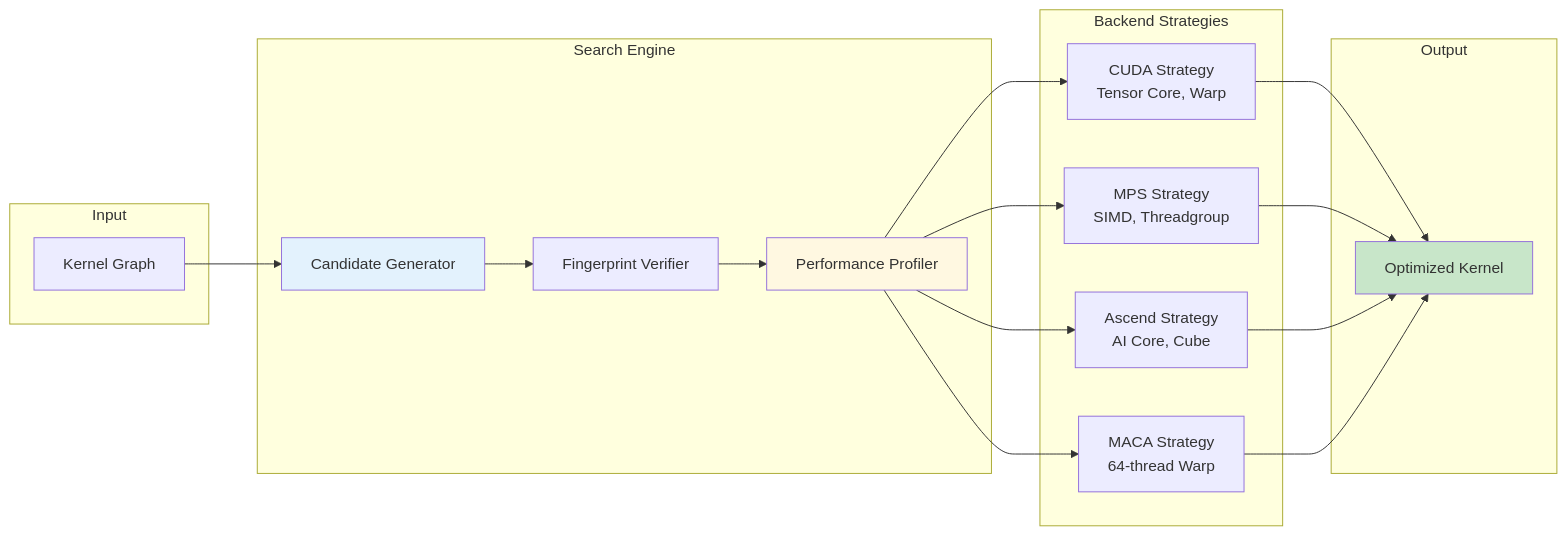
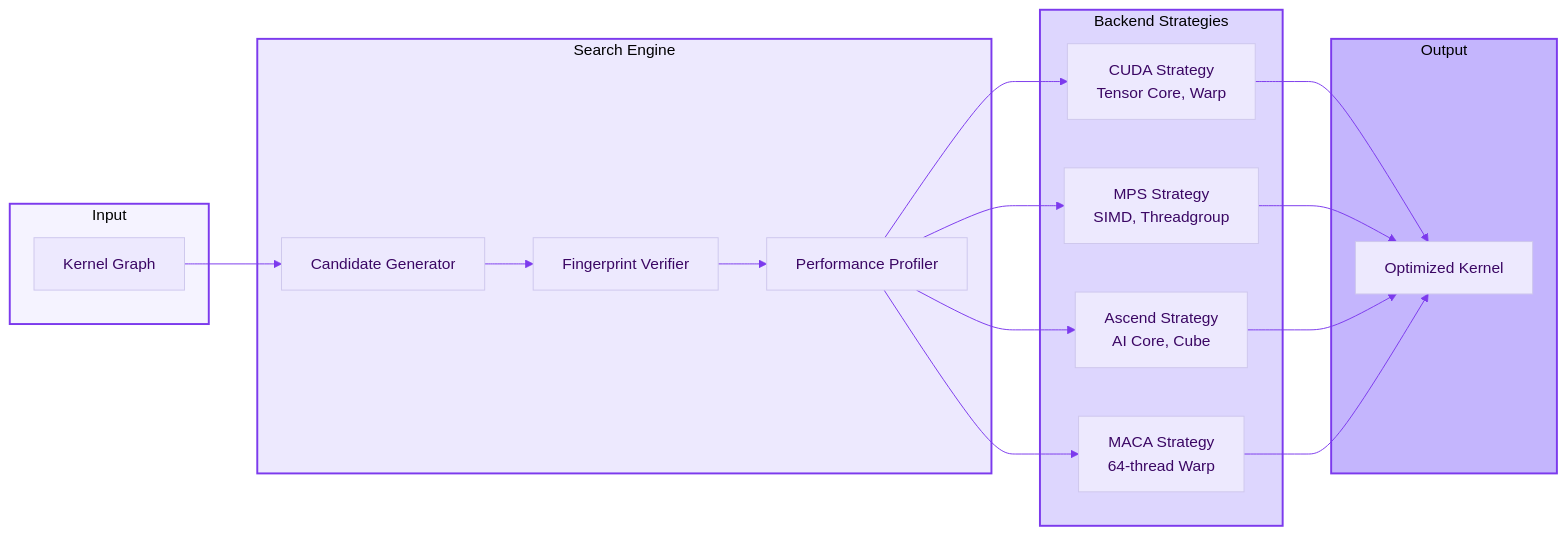
The second of 2 diagrams in README.md (chenxingqiang/YiRage), drawn with Mermaid before and after one commit. The commit also changed other lines of this file and 9 other files, not shown here.

First line of the commit message:
style: unify Mermaid diagrams to minimal purple theme

````diff
--- a/README.md
+++ b/README.md
@@ -184,32 +184,34 @@
 ```mermaid
+%%{init: {'theme': 'base', 'themeVariables': { 'primaryColor': '#ede9fe', 'primaryTextColor': '#3b0764', 'lineColor': '#7c3aed'}}}%%
 flowchart LR
-    subgraph Input
+    subgraph IN["Input"]
         A[Kernel Graph]
     end
 
-    subgraph "Search Engine"
+    subgraph SE["Search Engine"]
         B[Candidate Generator]
         C[Fingerprint Verifier]
         D[Performance Profiler]
         B --> C --> D
     end
 
-    subgraph "Backend Strategies"
+    subgraph BS["Backend Strategies"]
         E[CUDA Strategy<br/>Tensor Core, Warp]
         F[MPS Strategy<br/>SIMD, Threadgroup]
         G[Ascend Strategy<br/>AI Core, Cube]
         H[MACA Strategy<br/>64-thread Warp]
     end
 
-    subgraph Output
+    subgraph OUT["Output"]
         I[Optimized Kernel]
     end
 
     A --> B
     D --> E & F & G & H
     E & F & G & H --> I
 
-    style B fill:#e3f2fd
-    style D fill:#fff8e1
-    style I fill:#c8e6c9
+    style IN fill:#f5f3ff,stroke:#7c3aed,stroke-width:2px
+    style SE fill:#ede9fe,stroke:#7c3aed,stroke-width:2px
+    style BS fill:#ddd6fe,stroke:#7c3aed,stroke-width:2px
+    style OUT fill:#c4b5fd,stroke:#7c3aed,stroke-width:2px
 ```
````
